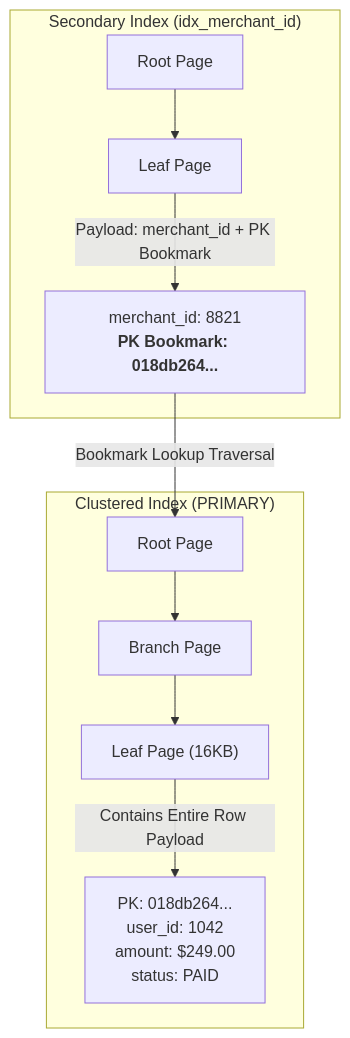
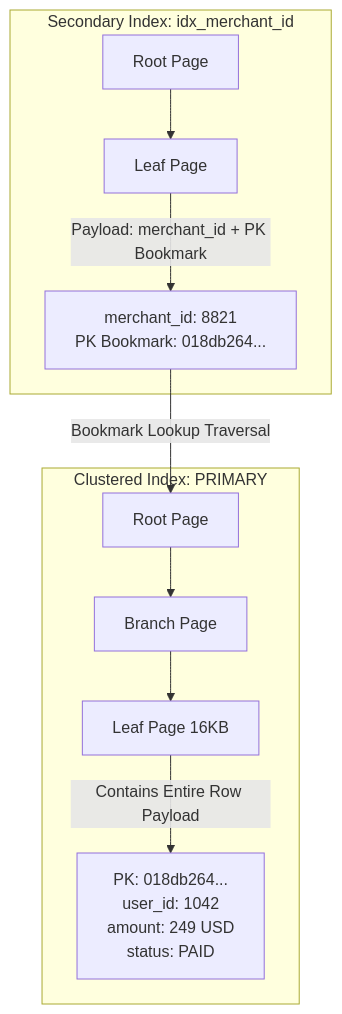
The third of 7 diagrams in content/series/architectural-tradeoffs-showdowns/03-primary-key-showdown-uuidv7-vs-snowflake-vs-bigint.md (vesviet/vesviet), drawn with Mermaid before and after one commit. The commit also changed other lines of this file, not shown here.

Commit message:
fix(series): resolve mermaid 10.9 syntax errors in postgres heap and architecture diagrams

````diff
--- a/content/series/architectural-tradeoffs-showdowns/03-primary-key-showdown-uuidv7-vs-snowflake-vs-bigint.md
+++ b/content/series/architectural-tradeoffs-showdowns/03-primary-key-showdown-uuidv7-vs-snowflake-vs-bigint.md
@@ -112,15 +112,15 @@
 ```mermaid
 flowchart TD
-    subgraph SecondaryIndex["Secondary Index (idx_merchant_id)"]
+    subgraph SecondaryIndex ["Secondary Index: idx_merchant_id"]
         SI_Root["Root Page"] --> SI_Leaf["Leaf Page"]
-        SI_Leaf -->|Payload: merchant_id + PK Bookmark| Bookmark["merchant_id: 8821<br/><b>PK Bookmark: 018db264...</b>"]
+        SI_Leaf -->|Payload: merchant_id + PK Bookmark| Bookmark["merchant_id: 8821<br/>PK Bookmark: 018db264..."]
     end
 
-    subgraph ClusteredIndex["Clustered Index (PRIMARY)"]
+    subgraph ClusteredIndex ["Clustered Index: PRIMARY"]
         CI_Root["Root Page"] --> CI_Branch["Branch Page"]
-        CI_Branch --> CI_Leaf["Leaf Page (16KB)"]
-        CI_Leaf -->|Contains Entire Row Payload| Row["PK: 018db264...<br/>user_id: 1042<br/>amount: $249.00<br/>status: PAID"]
+        CI_Branch --> CI_Leaf["Leaf Page 16KB"]
+        CI_Leaf -->|Contains Entire Row Payload| Row["PK: 018db264...<br/>user_id: 1042<br/>amount: 249 USD<br/>status: PAID"]
     end
 
     Bookmark -->|Bookmark Lookup Traversal| CI_Root
 ```
````
